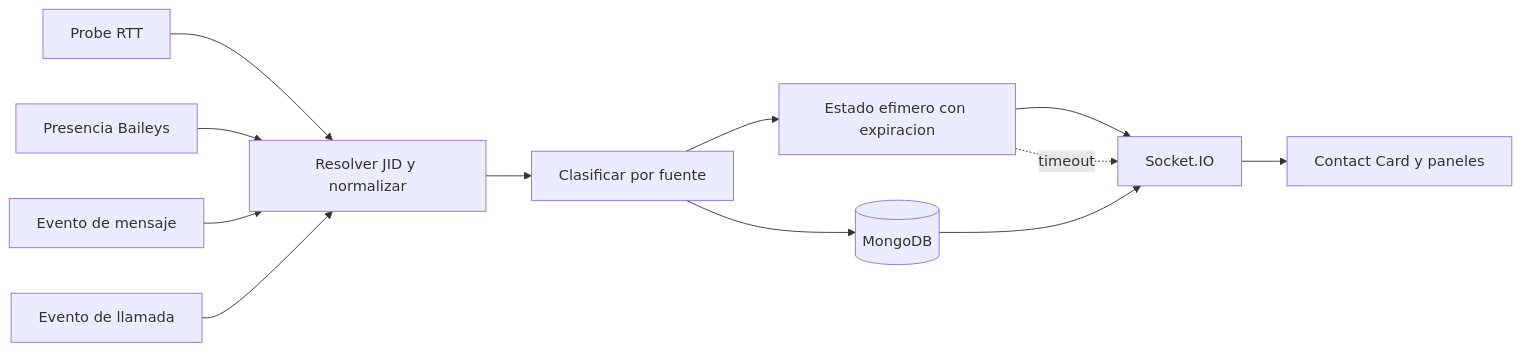
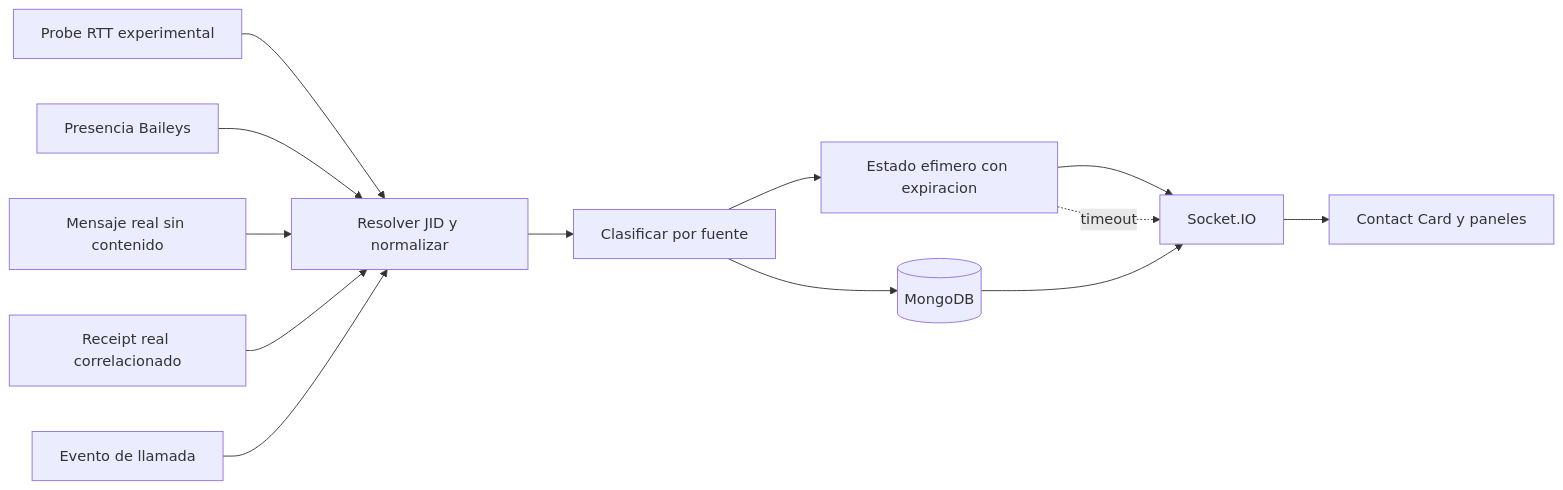
One commit to deco31416/wp-monitor changed the diagram in docs/diagrams/06-activity-pipeline.md. Above: the diagram before and after it, drawn with Mermaid. The commit also changed other lines of this file and 45 other files, not shown here.

````diff
--- a/docs/diagrams/06-activity-pipeline.md
+++ b/docs/diagrams/06-activity-pipeline.md
@@ -7,26 +7,28 @@
 ```mermaid
 flowchart LR
-    RTT[Probe RTT]
+    RTT[Probe RTT experimental]
     Presence[Presencia Baileys]
-    Message[Evento de mensaje]
+    Message[Mensaje real sin contenido]
+    Receipt[Receipt real correlacionado]
     Call[Evento de llamada]
 
     Normalize[Resolver JID y normalizar]
     Classify[Clasificar por fuente]
     Ephemeral[Estado efimero con expiracion]
     Durable[(MongoDB)]
     Socket[Socket.IO]
     UI[Contact Card y paneles]
 
     RTT --> Normalize
     Presence --> Normalize
     Message --> Normalize
+    Receipt --> Normalize
     Call --> Normalize
     Normalize --> Classify
     Classify --> Ephemeral
     Classify --> Durable
     Ephemeral --> Socket
     Durable --> Socket
     Socket --> UI
     Ephemeral -. timeout .-> Socket
 ```
````
